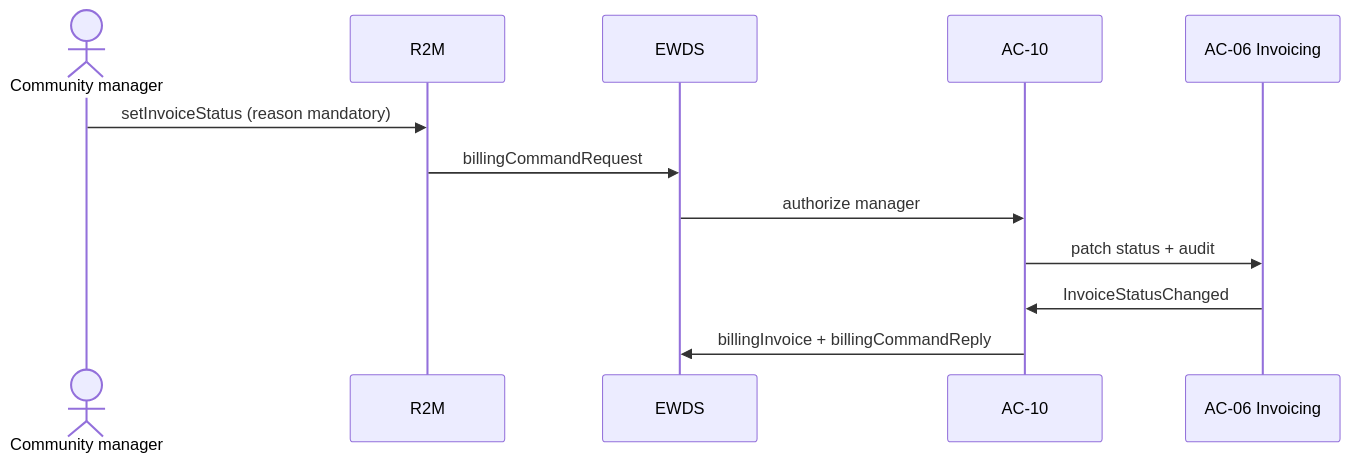
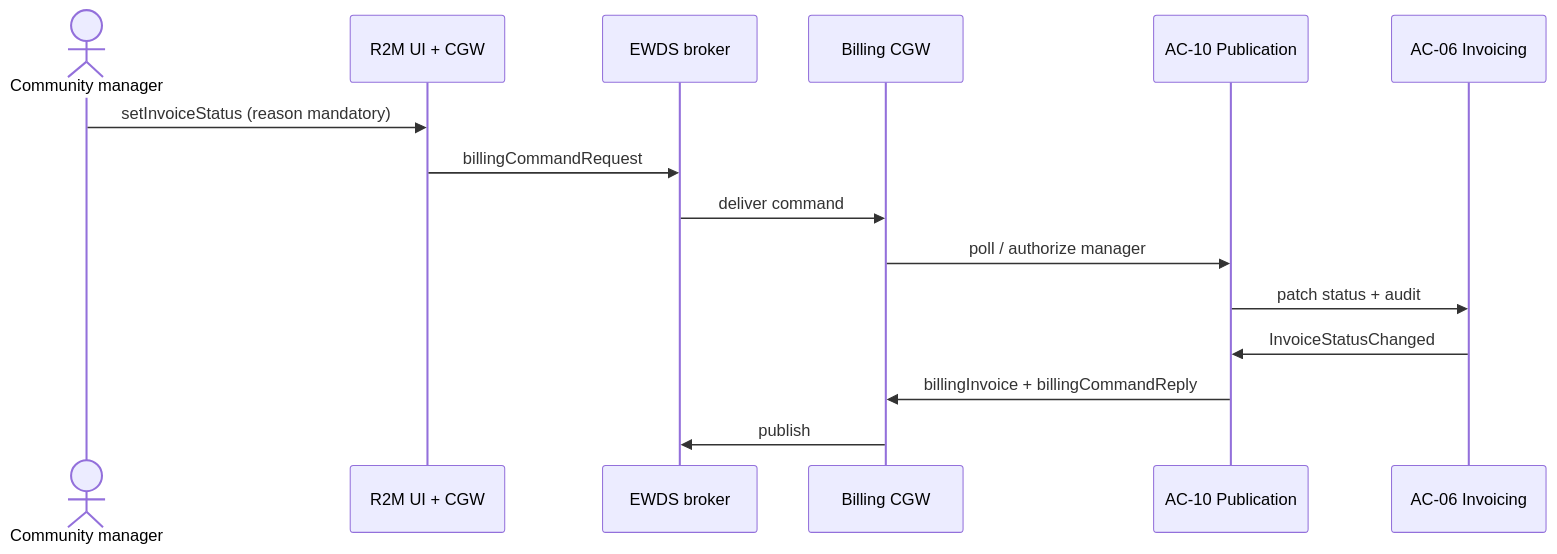
Diagram 11 of 14 in docs/architecture/07-scenario-flows.md (blooo-io/intelligent-eu-bps-source), drawn with Mermaid before and after one commit. The commit also changed other lines of this file, not shown here.

First line of the commit message:
docs(INT-450): show Billing CGW on every EWDS scenario flow (#224)

````diff
--- a/docs/architecture/07-scenario-flows.md
+++ b/docs/architecture/07-scenario-flows.md
@@ -275,14 +308,17 @@
 ```mermaid
 sequenceDiagram
   actor Mgr as Community manager
-  participant R2M as R2M
-  participant EWDS as EWDS
-  participant AC10 as AC-10
+  participant R2M as R2M UI + CGW
+  participant EWDS as EWDS broker
+  participant CGW as Billing CGW
+  participant AC10 as AC-10 Publication
   participant AC06 as AC-06 Invoicing
   Mgr->>R2M: setInvoiceStatus (reason mandatory)
   R2M->>EWDS: billingCommandRequest
-  EWDS->>AC10: authorize manager
+  EWDS->>CGW: deliver command
+  CGW->>AC10: poll / authorize manager
   AC10->>AC06: patch status + audit
   AC06->>AC10: InvoiceStatusChanged
-  AC10->>EWDS: billingInvoice + billingCommandReply
+  AC10->>CGW: billingInvoice + billingCommandReply
+  CGW->>EWDS: publish
 ```
````
